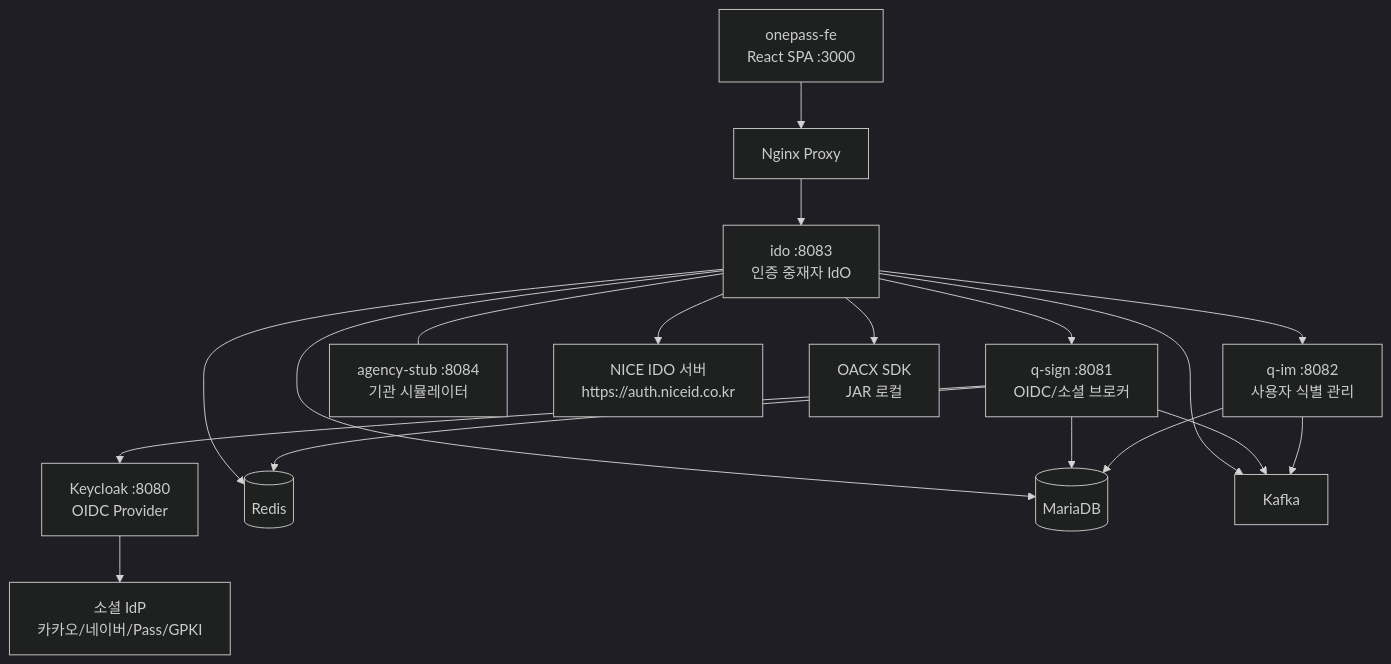
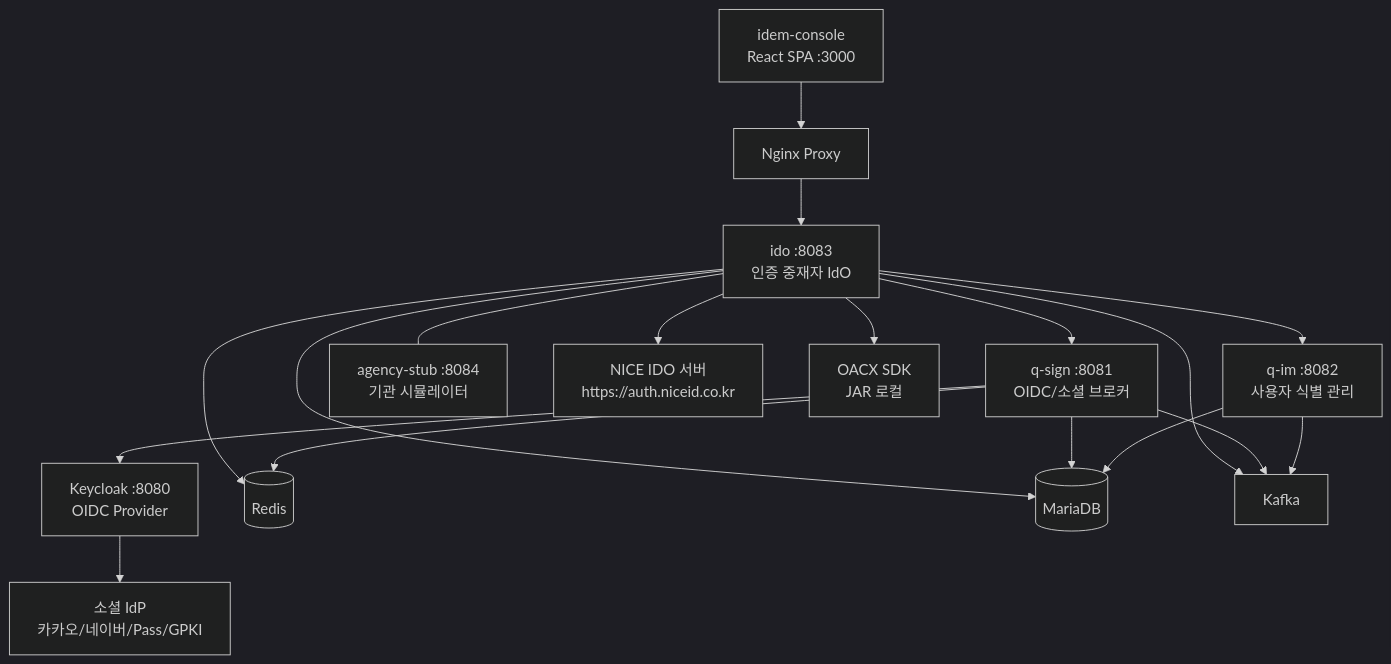
The first of 9 diagrams in docs/internal/dataflow/01-login-flow.md (HipsterMIN/integration-sso), drawn with Mermaid (dark theme) before and after one commit. The commit also changed 71 other files, not shown here.

````diff
--- a/docs/internal/dataflow/01-login-flow.md
+++ b/docs/internal/dataflow/01-login-flow.md
@@ -37,31 +37,31 @@
 ```mermaid
 graph TD
-    FE["onepass-fe\nReact SPA :3000"]
+    FE["idem-console\nReact SPA :3000"]
     NGX["Nginx Proxy"]
     IDO["ido :8083\n인증 중재자 IdO"]
     QS["q-sign :8081\nOIDC/소셜 브로커"]
     KC["Keycloak :8080\nOIDC Provider"]
     IDP["소셜 IdP\n카카오/네이버/Pass/GPKI"]
     QIM["q-im :8082\n사용자 식별 관리"]
     AGS["agency-stub :8084\n기관 시뮬레이터"]
     NICE["NICE IDO 서버\nhttps://auth.niceid.co.kr"]
     OACX["OACX SDK\nJAR 로컬"]
     RDS[("Redis")]
     DB[("MariaDB")]
     KF["Kafka"]
 
     FE --> NGX --> IDO
     IDO --> QS --> KC --> IDP
     IDO --> QIM
     IDO --> NICE
     IDO --> OACX
     IDO --> RDS
     IDO --> DB
     IDO --> KF
     QS --> RDS
     QS --> DB
     QS --> KF
     QIM --> DB
     QIM --> KF
     IDO --- AGS
 ```
````
